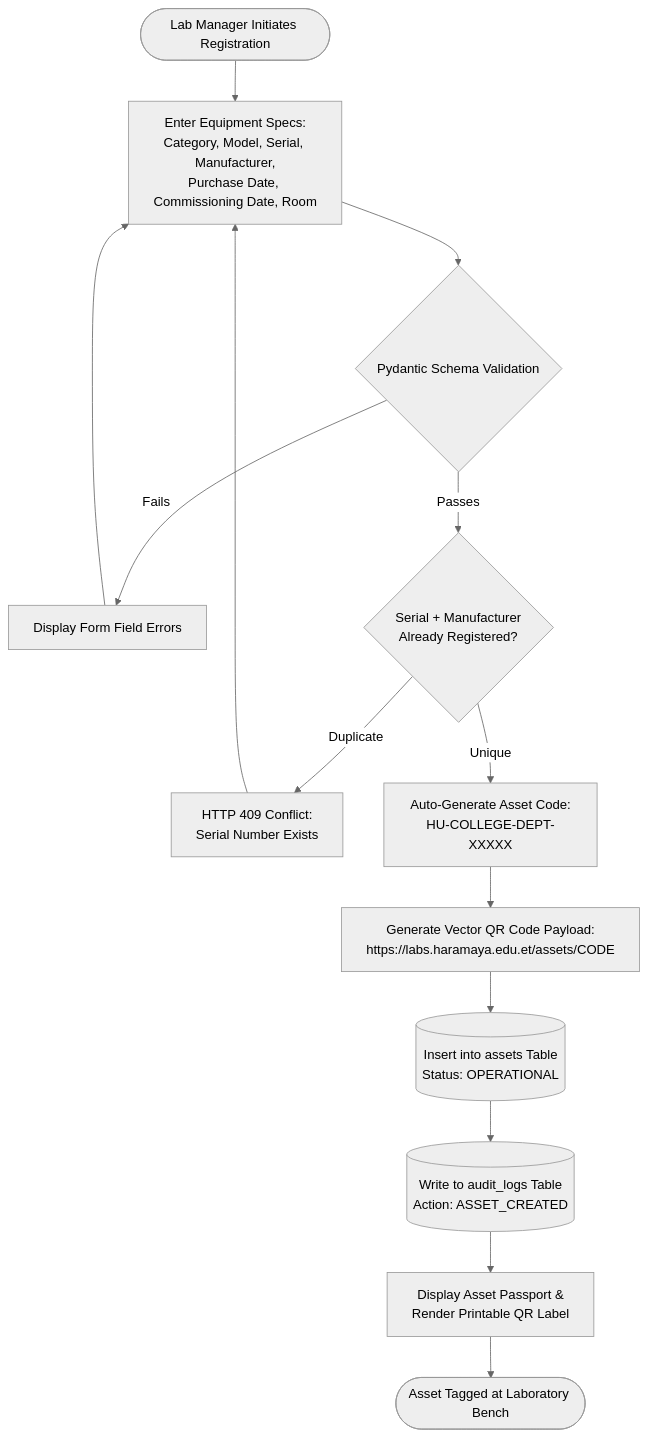
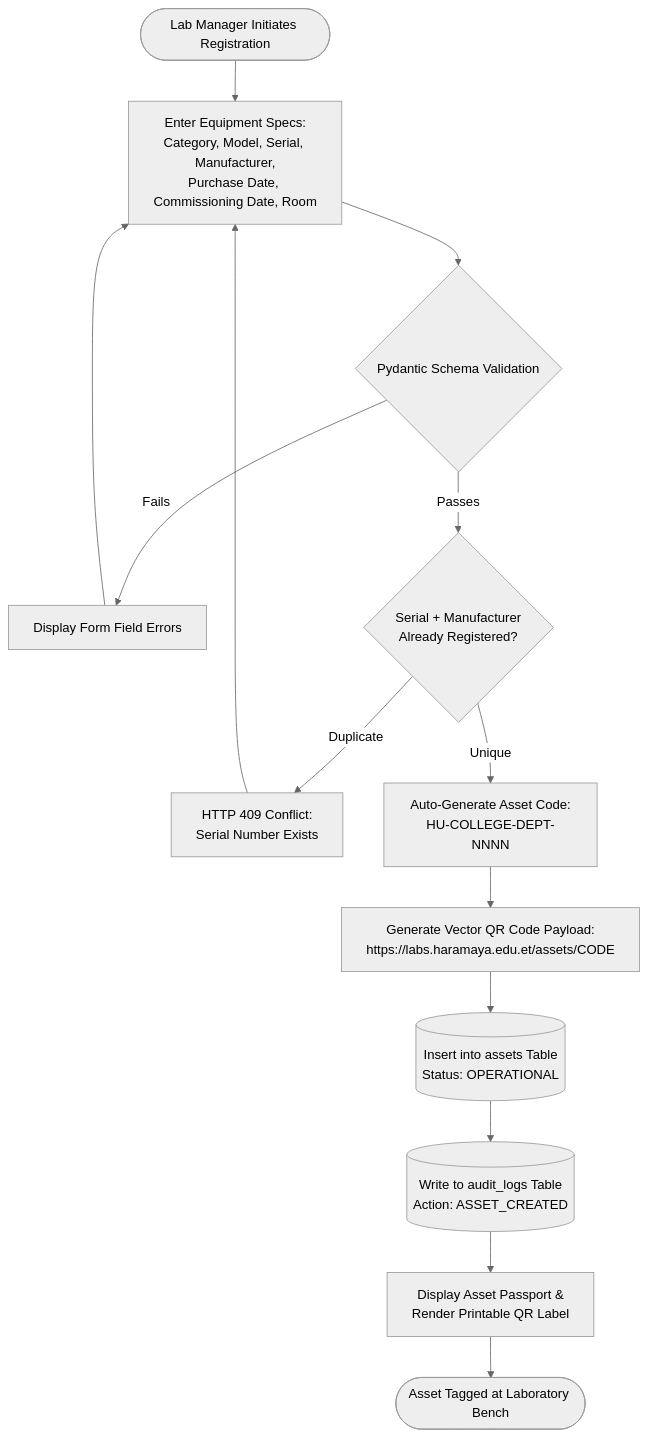
One commit to 1Feycode/laboratory-management-system-for-haramaya-university changed the diagram in docs/workflows/asset-registration.mmd. Above: the diagram before and after it, drawn with Mermaid (neutral theme). The commit also changed 6 other files, not shown here.

```diff
--- a/docs/workflows/asset-registration.mmd
+++ b/docs/workflows/asset-registration.mmd
@@ -1,17 +1,17 @@
 flowchart TD
     Start([Lab Manager Initiates Registration]) --> InputData[Enter Equipment Specs:<br/>Category, Model, Serial, Manufacturer,<br/>Purchase Date, Commissioning Date, Room]
     InputData --> PydanticVal{Pydantic Schema Validation}
     
     PydanticVal -- Fails --> ShowErr[Display Form Field Errors]
     ShowErr --> InputData
     
     PydanticVal -- Passes --> CheckSerial{Serial + Manufacturer<br/>Already Registered?}
     CheckSerial -- Duplicate --> Conflict[HTTP 409 Conflict:<br/>Serial Number Exists]
     Conflict --> InputData
     
-    CheckSerial -- Unique --> GenCode[Auto-Generate Asset Code:<br/>HU-COLLEGE-DEPT-XXXXX]
+    CheckSerial -- Unique --> GenCode[Auto-Generate Asset Code:<br/>HU-COLLEGE-DEPT-NNNN]
     GenCode --> GenQR[Generate Vector QR Code Payload:<br/>https://labs.haramaya.edu.et/assets/CODE]
     GenQR --> DBInsert[(Insert into assets Table<br/>Status: OPERATIONAL)]
     DBInsert --> AuditLog[(Write to audit_logs Table<br/>Action: ASSET_CREATED)]
     AuditLog --> PrintQR[Display Asset Passport &<br/>Render Printable QR Label]
     PrintQR --> Finish([Asset Tagged at Laboratory Bench])
```
